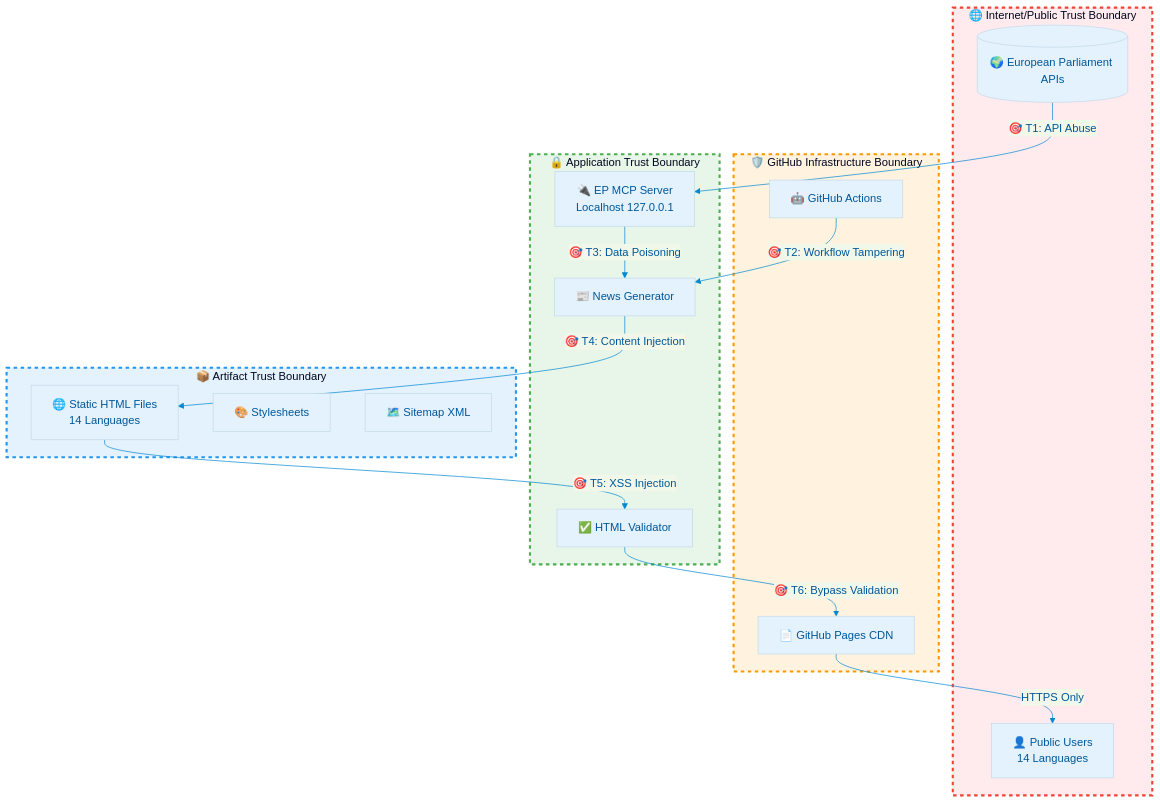
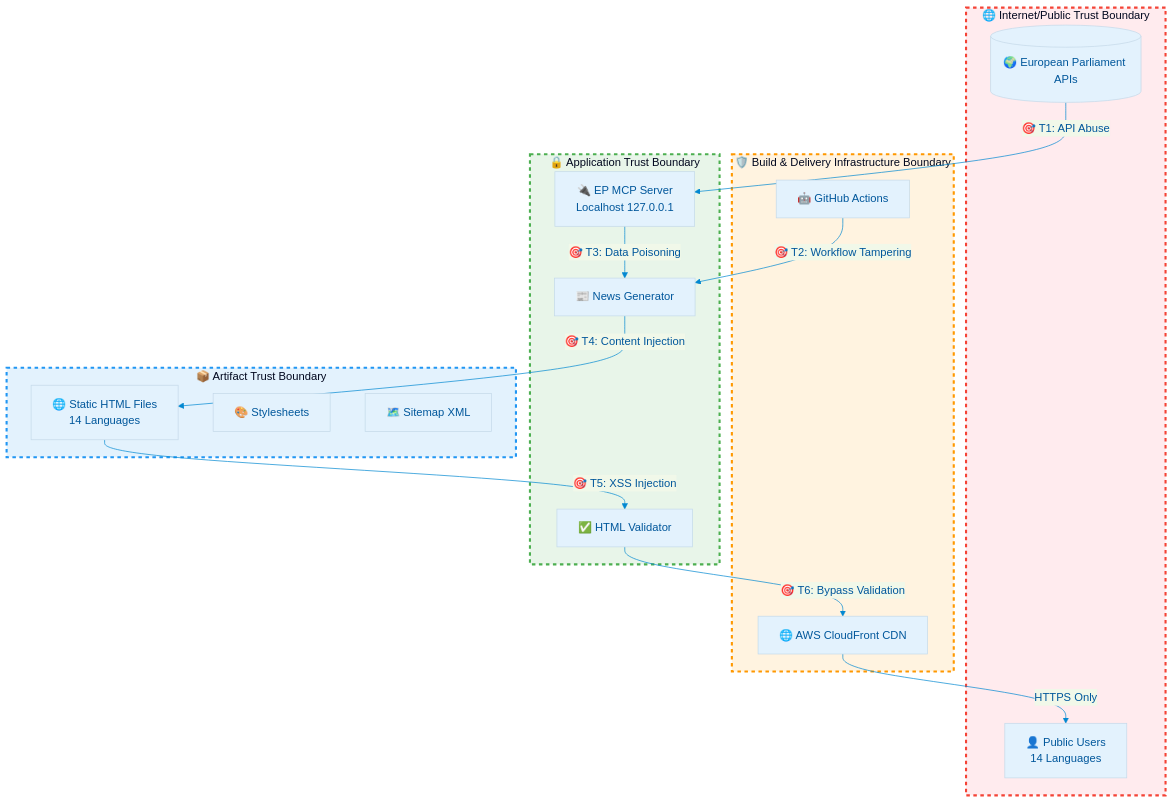
One commit to Hack23/euparliamentmonitor changed the fifth of 14 diagrams in THREAT_MODEL.md. Above: the diagram before and after it, drawn with Mermaid. The commit also changed other lines of this file, not shown here.

Commit message:
docs(threat-model): fix Handlebars→SafeHtmlString, GitHub Pages→CloudFront/S3, catalog T-030, bump v2.4

````diff
--- a/THREAT_MODEL.md
+++ b/THREAT_MODEL.md
@@ -427,49 +427,49 @@
 ```mermaid
 %%{
   init: {
     'theme': 'base',
     'themeVariables': {
       'primaryColor': '#e3f2fd',
       'primaryTextColor': '#01579b',
       'lineColor': '#0288d1',
       'secondaryColor': '#f1f8e9',
       'tertiaryColor': '#fff8e1'
     }
   }
 }%%
 flowchart TB
     subgraph TRUST_BOUNDARY_1["🌐 Internet/Public Trust Boundary"]
         EXT[(🌍 European Parliament APIs)]
         USER[👤 Public Users<br/>14 Languages]
     end
 
-    subgraph TRUST_BOUNDARY_2["🛡️ GitHub Infrastructure Boundary"]
+    subgraph TRUST_BOUNDARY_2["🛡️ Build & Delivery Infrastructure Boundary"]
         ACTIONS[🤖 GitHub Actions]
-        PAGES[📄 GitHub Pages CDN]
+        PAGES[🌐 AWS CloudFront CDN]
     end
 
     subgraph TRUST_BOUNDARY_3["🔒 Application Trust Boundary"]
         MCP[🔌 EP MCP Server<br/>Localhost 127.0.0.1]
         GENERATOR[📰 News Generator]
         VALIDATOR[✅ HTML Validator]
     end
 
     subgraph TRUST_BOUNDARY_4["📦 Artifact Trust Boundary"]
         HTML[🌐 Static HTML Files<br/>14 Languages]
         CSS[🎨 Stylesheets]
         SITEMAP[🗺️ Sitemap XML]
     end
 
     EXT -->|🎯 T1: API Abuse| MCP
     ACTIONS -->|🎯 T2: Workflow Tampering| GENERATOR
     MCP -->|🎯 T3: Data Poisoning| GENERATOR
     GENERATOR -->|🎯 T4: Content Injection| HTML
     HTML -->|🎯 T5: XSS Injection| VALIDATOR
     VALIDATOR -->|🎯 T6: Bypass Validation| PAGES
     PAGES -->|HTTPS Only| USER
 
     style TRUST_BOUNDARY_1 fill:#ffebee,stroke:#f44336,stroke-width:3px,stroke-dasharray: 5 5
     style TRUST_BOUNDARY_2 fill:#fff3e0,stroke:#ff9800,stroke-width:3px,stroke-dasharray: 5 5
     style TRUST_BOUNDARY_3 fill:#e8f5e9,stroke:#4caf50,stroke-width:3px,stroke-dasharray: 5 5
     style TRUST_BOUNDARY_4 fill:#e3f2fd,stroke:#2196f3,stroke-width:3px,stroke-dasharray: 5 5
 ```
````
